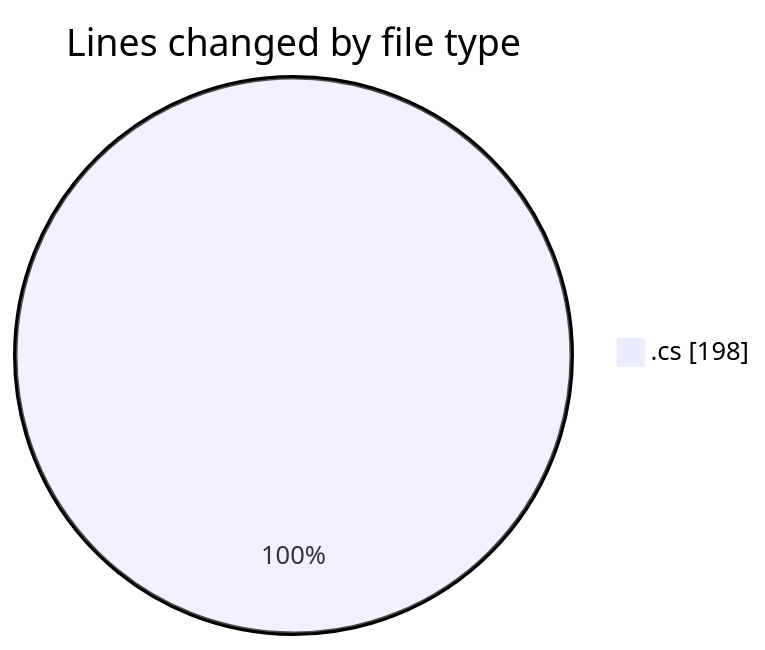
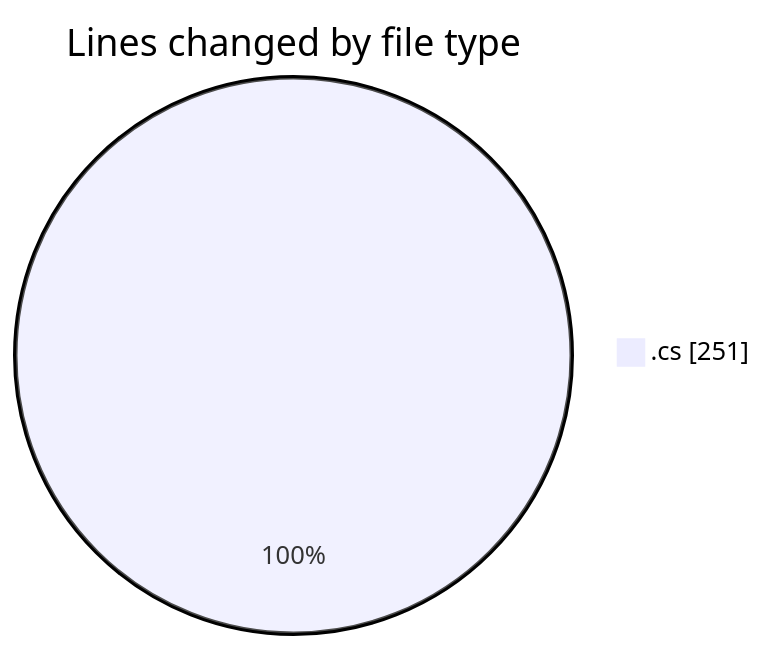
The first of 2 diagrams in 2025-04-29/back-end/README.md (Netris89/code-tracking), drawn with Mermaid before and after one commit. The commit also changed other lines of this file and 1 other file, not shown here.

````diff
--- a/2025-04-29/back-end/README.md
+++ b/2025-04-29/back-end/README.md
@@ -21,5 +22,5 @@
 ```mermaid
 pie showData
 title Lines changed by file type
-".cs" : 198
+".cs" : 251
 ```
````
